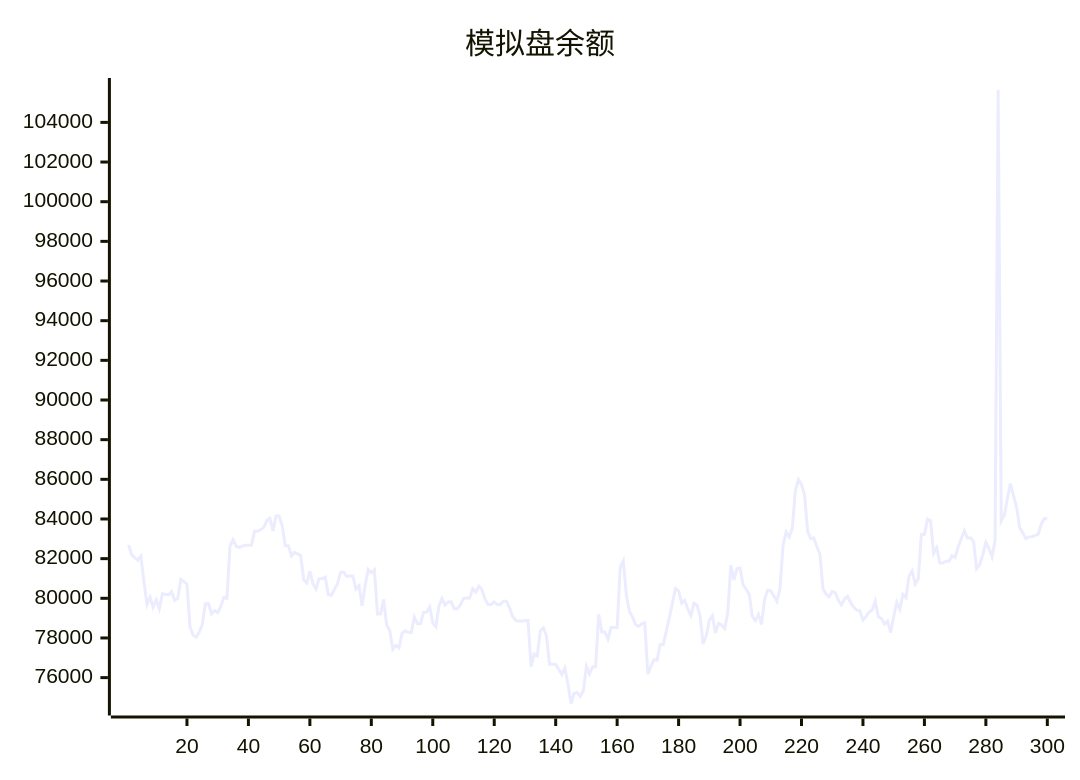
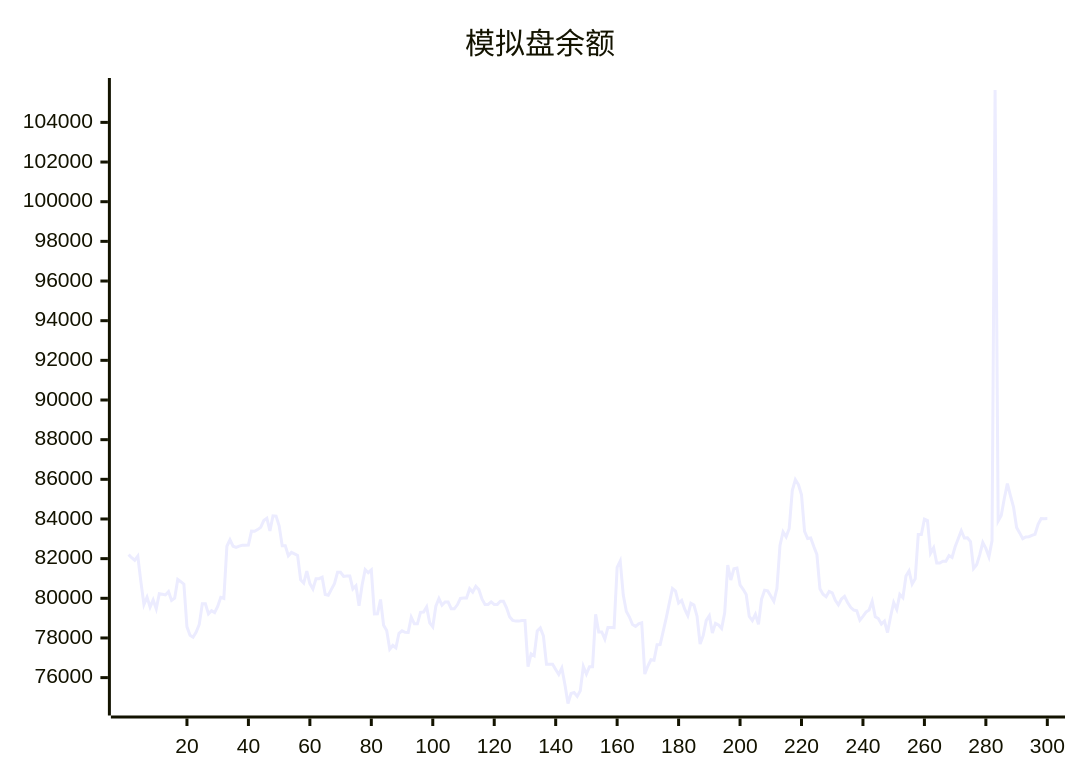
One commit to aahl/ai-trading changed the diagram in README.md. Above: the diagram before and after it, drawn with Mermaid. The commit also changed other lines of this file and 1 other file, not shown here.

````diff
--- a/README.md
+++ b/README.md
@@ -5,5 +5,5 @@
 ```mermaid
 xychart
     title "模拟盘余额"
-    line [82688,82200,82047,81920,82125,80840,79688,80060,79552,79920,79470,80236,80208,80170,80336,79894,80006,80954,80837,80712,78561,78139,78037,78293,78682,79720,79720,79214,79372,79279,79591,80046,79993,82625,82950,82626,82571,82633,82670,82670,82681,83386,83378,83464,83579,83920,84037,83402,84160,84142,83652,82655,82655,82145,82315,82243,82163,80934,80770,81371,80742,80468,80989,80989,81067,80191,80155,80450,80737,81309,81309,81106,81119,81119,80471,80631,79624,80670,81448,81290,81429,79212,79222,79940,78643,78380,77432,77623,77504,78235,78358,78284,78277,79048,78714,78714,79290,79308,79567,78763,78563,79603,79988,79652,79813,79813,79476,79469,79673,79995,80015,80015,80486,80314,80600,80436,79966,79689,79689,79819,79692,79692,79850,79850,79518,79071,78889,78850,78850,78878,78878,76554,77202,77103,78357,78510,78106,76678,76677,76672,76411,76159,76485,75656,74695,75197,75246,75052,75334,76564,76179,76553,76551,79196,78300,78300,77944,78531,78531,78521,81564,81884,80160,79335,79055,78675,78580,78708,78764,76179,76586,76902,76876,77658,77669,78346,79023,79769,80497,80366,79761,79896,79448,79126,79749,79658,79097,77695,78114,78888,79126,78249,78738,78653,78478,79271,81680,80923,81488,81527,80681,80455,80190,79084,78879,79193,78686,79954,80403,80374,80118,79848,80491,82665,83351,83098,83525,85430,85983,85737,85221,83378,83014,83043,82613,82216,80477,80208,80081,80348,80277,79894,79670,79965,80093,79786,79542,79406,79371,78893,79087,79304,79406,79841,79072,78978,78696,78846,78272,79085,79787,79442,80198,80031,81120,81379,80718,80985,83214,83212,83993,83921,82270,82547,81776,81776,81866,81866,82158,82061,82596,83000,83408,83041,83050,82858,81503,81691,82188,82812,82517,82092,82901,105633,83898,84180,85030,85781,85178,84604,83569,83298,83008,83093,83107,83175,83228,83729,84025,84017]
+    line [82200,82047,81920,82125,80840,79688,80060,79552,79920,79470,80236,80208,80170,80336,79894,80006,80954,80837,80712,78561,78139,78037,78293,78682,79720,79720,79214,79372,79279,79591,80046,79993,82625,82950,82626,82571,82633,82670,82670,82681,83386,83378,83464,83579,83920,84037,83402,84160,84142,83652,82655,82655,82145,82315,82243,82163,80934,80770,81371,80742,80468,80989,80989,81067,80191,80155,80450,80737,81309,81309,81106,81119,81119,80471,80631,79624,80670,81448,81290,81429,79212,79222,79940,78643,78380,77432,77623,77504,78235,78358,78284,78277,79048,78714,78714,79290,79308,79567,78763,78563,79603,79988,79652,79813,79813,79476,79469,79673,79995,80015,80015,80486,80314,80600,80436,79966,79689,79689,79819,79692,79692,79850,79850,79518,79071,78889,78850,78850,78878,78878,76554,77202,77103,78357,78510,78106,76678,76677,76672,76411,76159,76485,75656,74695,75197,75246,75052,75334,76564,76179,76553,76551,79196,78300,78300,77944,78531,78531,78521,81564,81884,80160,79335,79055,78675,78580,78708,78764,76179,76586,76902,76876,77658,77669,78346,79023,79769,80497,80366,79761,79896,79448,79126,79749,79658,79097,77695,78114,78888,79126,78249,78738,78653,78478,79271,81680,80923,81488,81527,80681,80455,80190,79084,78879,79193,78686,79954,80403,80374,80118,79848,80491,82665,83351,83098,83525,85430,85983,85737,85221,83378,83014,83043,82613,82216,80477,80208,80081,80348,80277,79894,79670,79965,80093,79786,79542,79406,79371,78893,79087,79304,79406,79841,79072,78978,78696,78846,78272,79085,79787,79442,80198,80031,81120,81379,80718,80985,83214,83212,83993,83921,82270,82547,81776,81776,81866,81866,82158,82061,82596,83000,83408,83041,83050,82858,81503,81691,82188,82812,82517,82092,82901,105633,83898,84180,85030,85781,85178,84604,83569,83298,83008,83093,83107,83175,83228,83729,84025,84017,84019]
 ```
````
